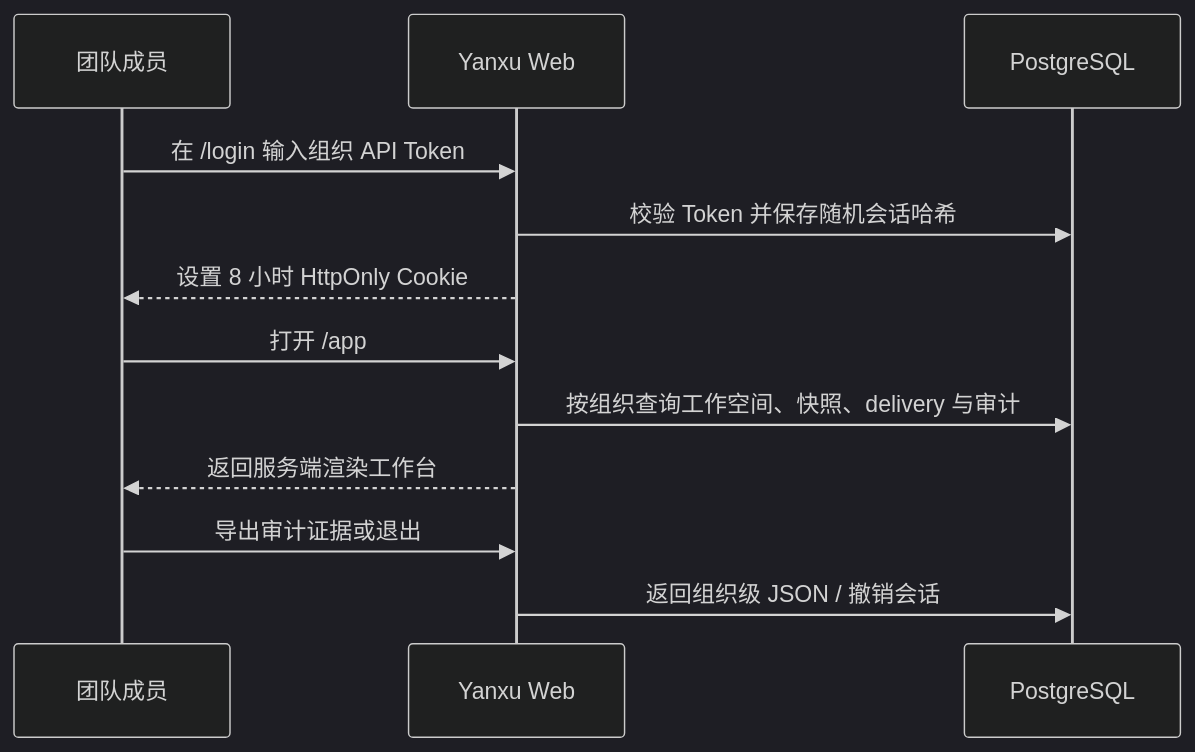
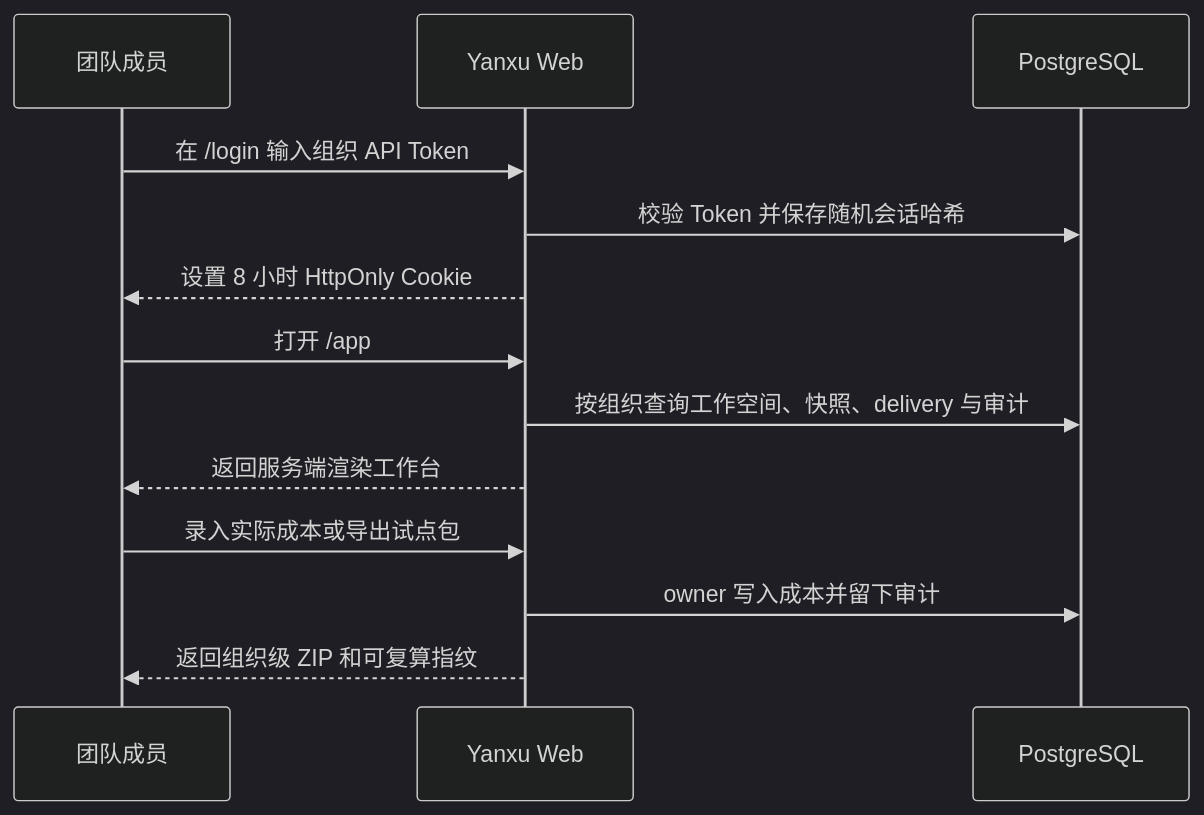
One commit to guannan1031/yanxu-dev changed the diagram in docs/PILOT_DASHBOARD.md. Above: the diagram before and after it, drawn with Mermaid (dark theme). The commit also changed other lines of this file and 13 other files, not shown here.

````diff
--- a/docs/PILOT_DASHBOARD.md
+++ b/docs/PILOT_DASHBOARD.md
@@ -9,14 +9,15 @@
 ```mermaid
 sequenceDiagram
     participant U as 团队成员
     participant W as Yanxu Web
     participant DB as PostgreSQL
     U->>W: 在 /login 输入组织 API Token
     W->>DB: 校验 Token 并保存随机会话哈希
     W-->>U: 设置 8 小时 HttpOnly Cookie
     U->>W: 打开 /app
     W->>DB: 按组织查询工作空间、快照、delivery 与审计
     W-->>U: 返回服务端渲染工作台
-    U->>W: 导出审计证据或退出
-    W->>DB: 返回组织级 JSON / 撤销会话
+    U->>W: 录入实际成本或导出试点包
+    W->>DB: owner 写入成本并留下审计
+    W-->>U: 返回组织级 ZIP 和可复算指纹
 ```
````
